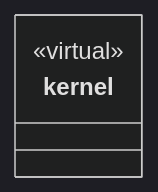
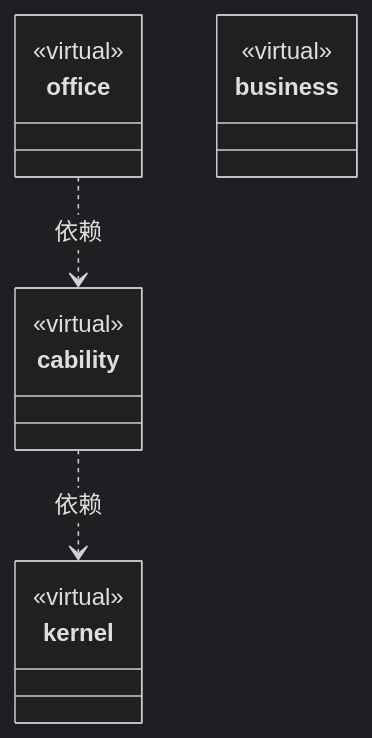
The diagram in src/framework/ARCHITECTURE.md (nan023062/cbim), drawn with Mermaid (dark theme) before and after one commit. The commit also changed other lines of this file and 100 other files, not shown here.

````diff
--- a/src/framework/ARCHITECTURE.md
+++ b/src/framework/ARCHITECTURE.md
@@ -17,7 +20,21 @@
 ```mermaid
 classDiagram
+class N_516fccf1524e["cability"] {
+  <<virtual>>
+}
+click N_516fccf1524e href "cability/ARCHITECTURE.md"
 class N_20ee62e66639["kernel"] {
   <<virtual>>
 }
 click N_20ee62e66639 href "kernel/ARCHITECTURE.md"
+class N_b88f3147f97b["office"] {
+  <<virtual>>
+}
+click N_b88f3147f97b href "office/ARCHITECTURE.md"
+class N_4aef7e841596["business"] {
+  <<virtual>>
+}
+click N_4aef7e841596 href "business/ARCHITECTURE.md"
+N_516fccf1524e ..> N_20ee62e66639 : 依赖
+N_b88f3147f97b ..> N_516fccf1524e : 依赖
 ```
````
